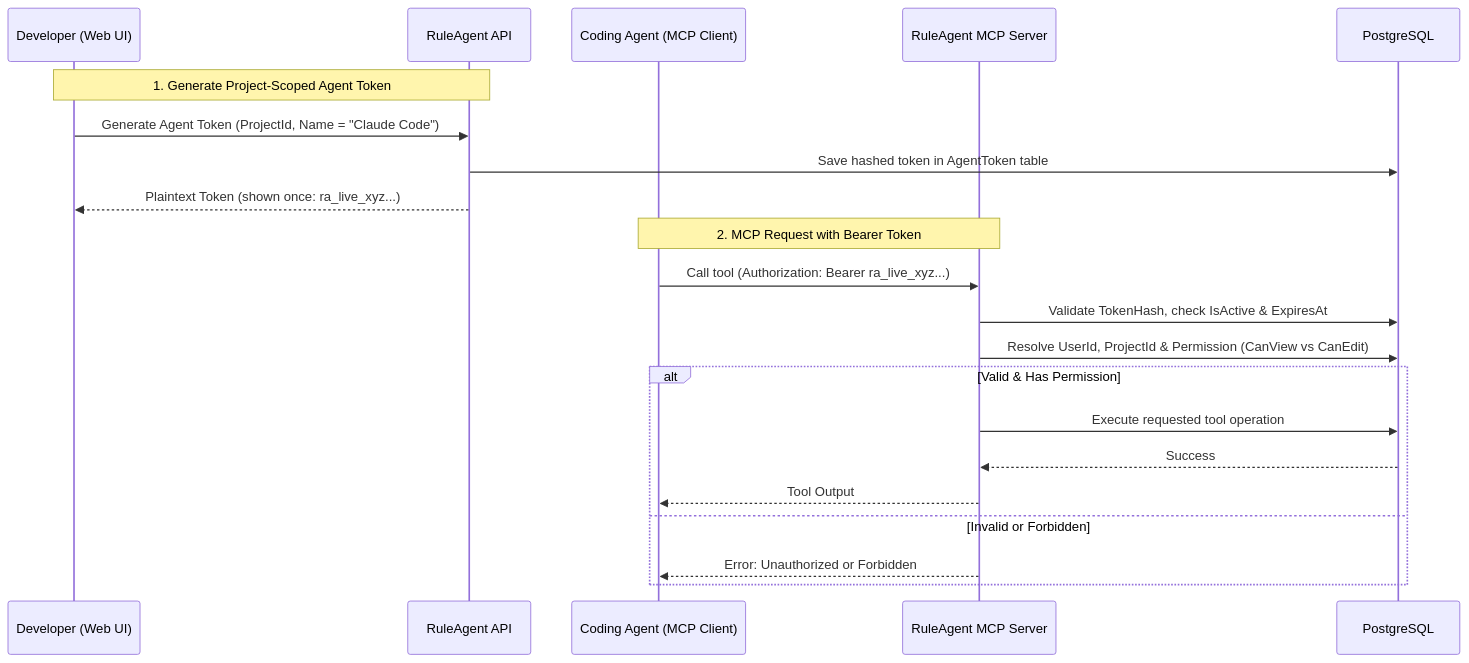
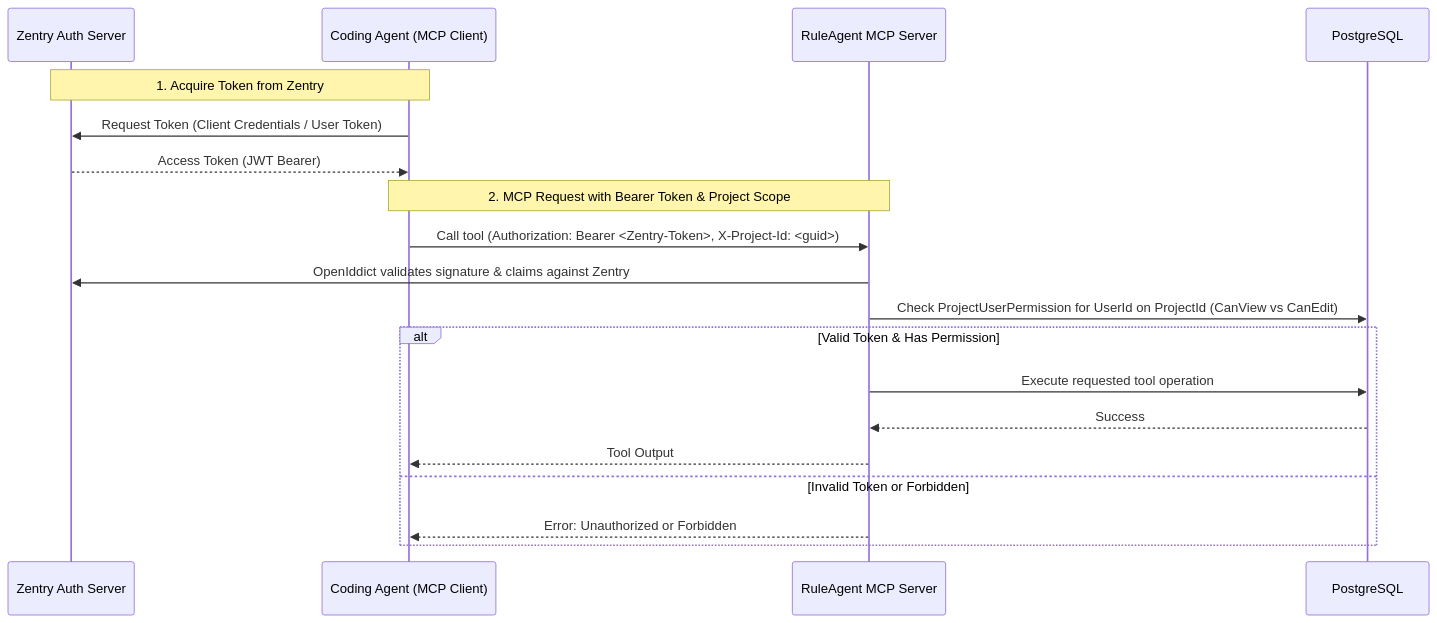
One commit to hao-du/OpenSaur changed the third of 3 diagrams in RuleAgent/docs/architecture-and-requirements.md. Above: the diagram before and after it, drawn with Mermaid. The commit also changed other lines of this file and 19 other files, not shown here.

First line of the commit message:
feat: Implement foundational architecture and domain models for RuleAgent

````diff
--- a/RuleAgent/docs/architecture-and-requirements.md
+++ b/RuleAgent/docs/architecture-and-requirements.md
@@ -233,25 +216,23 @@
 ```mermaid
 sequenceDiagram
-    participant User as Developer (Web UI)
-    participant API as RuleAgent API
+    participant Zentry as Zentry Auth Server
     participant CA as Coding Agent (MCP Client)
     participant MCP as RuleAgent MCP Server
     participant DB as PostgreSQL
 
-    Note over User,API: 1. Generate Project-Scoped Agent Token
-    User->>API: Generate Agent Token (ProjectId, Name = "Claude Code")
-    API->>DB: Save hashed token in AgentToken table
-    API-->>User: Plaintext Token (shown once: ra_live_xyz...)
+    Note over CA,Zentry: 1. Acquire Token from Zentry
+    CA->>Zentry: Request Token (Client Credentials / User Token)
+    Zentry-->>CA: Access Token (JWT Bearer)
 
-    Note over CA,MCP: 2. MCP Request with Bearer Token
-    CA->>MCP: Call tool (Authorization: Bearer ra_live_xyz...)
-    MCP->>DB: Validate TokenHash, check IsActive & ExpiresAt
-    MCP->>DB: Resolve UserId, ProjectId & Permission (CanView vs CanEdit)
-    alt Valid & Has Permission
+    Note over CA,MCP: 2. MCP Request with Bearer Token & Project Scope
+    CA->>MCP: Call tool (Authorization: Bearer <Zentry-Token>, X-Project-Id: <guid>)
+    MCP->>Zentry: OpenIddict validates signature & claims against Zentry
+    MCP->>DB: Check ProjectUserPermission for UserId on ProjectId (CanView vs CanEdit)
+    alt Valid Token & Has Permission
         MCP->>DB: Execute requested tool operation
         DB-->>MCP: Success
         MCP-->>CA: Tool Output
-    else Invalid or Forbidden
+    else Invalid Token or Forbidden
         MCP-->>CA: Error: Unauthorized or Forbidden
     end
 ```
````
